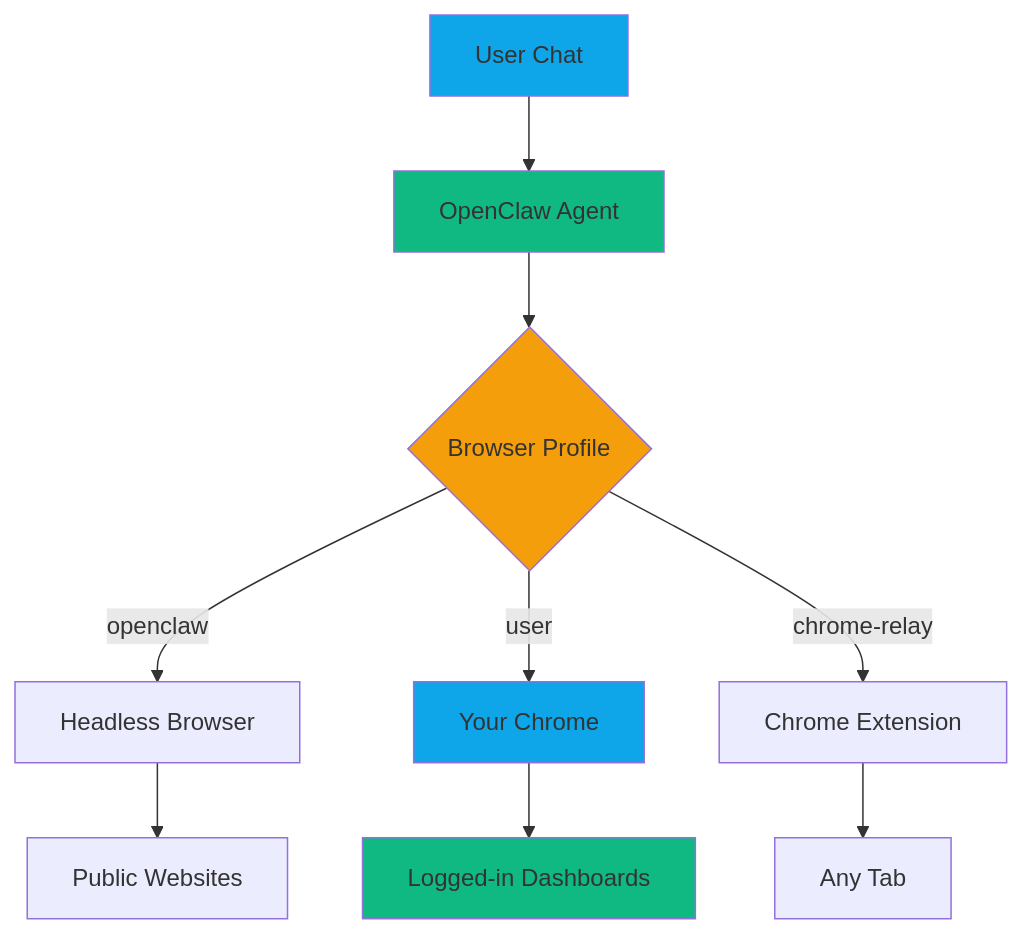
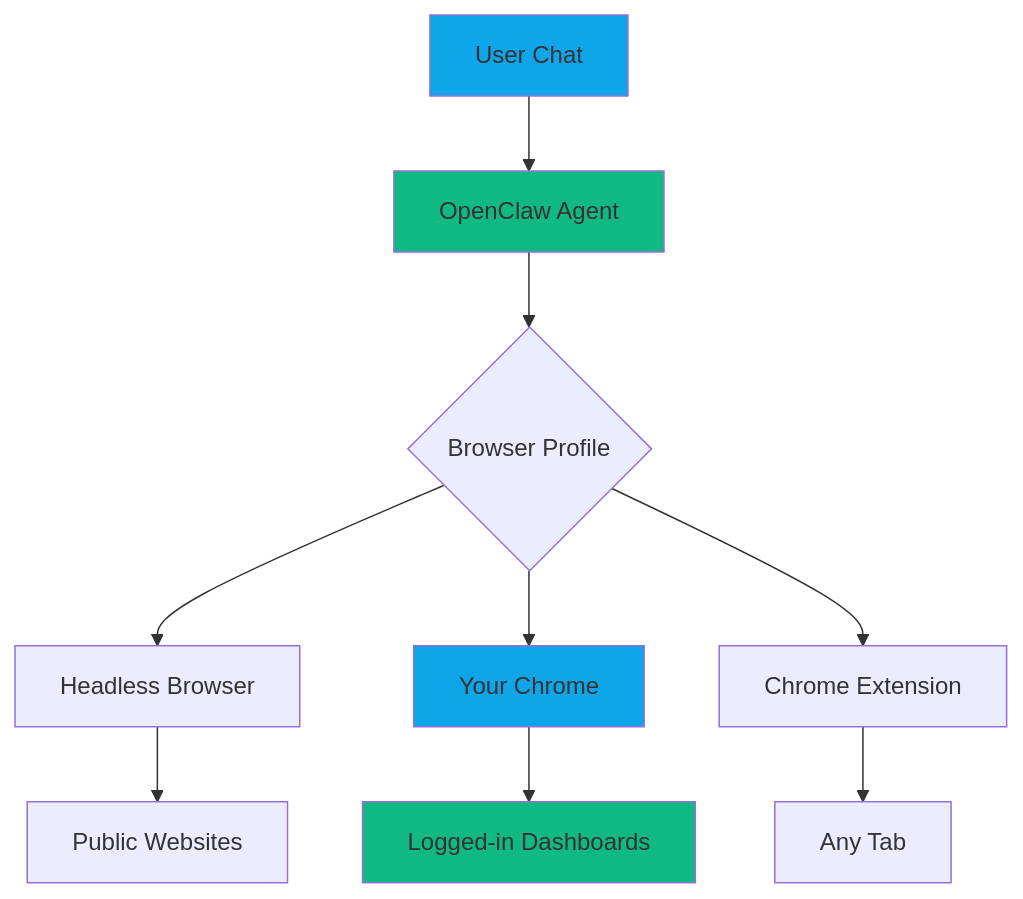
Before and after one commit to fanani-radian/openclaw-sumopod: the first of 8 diagrams in docs/use-cases/openclaw-313-live-chrome-attach.md, drawn with Mermaid. The commit also changed other lines of this file, not shown here.

First line of the commit message:
fix(live-chrome-attach): Fix Mermaid syntax + add Chrome 146+ requirement

````diff
--- a/docs/use-cases/openclaw-313-live-chrome-attach.md
+++ b/docs/use-cases/openclaw-313-live-chrome-attach.md
@@ -29,19 +30,18 @@
 ```mermaid
 graph TB
     A[User Chat] --> B[OpenClaw Agent]
     B --> C{Browser Profile}
     
-    C -->|openclaw| D[Headless Browser]
-    C -->|user| E[Your Chrome]
-    C -->|chrome-relay| F[Chrome Extension]
+    C --> D[Headless Browser]
+    C --> E[Your Chrome]
+    C --> F[Chrome Extension]
     
     D --> G[Public Websites]
     E --> H[Logged-in Dashboards]
     F --> I[Any Tab]
     
     style A fill:#0ea5e9
     style B fill:#10b981
-    style C fill:#f59e0b
     style E fill:#0ea5e9
     style H fill:#10b981
 ```
````
